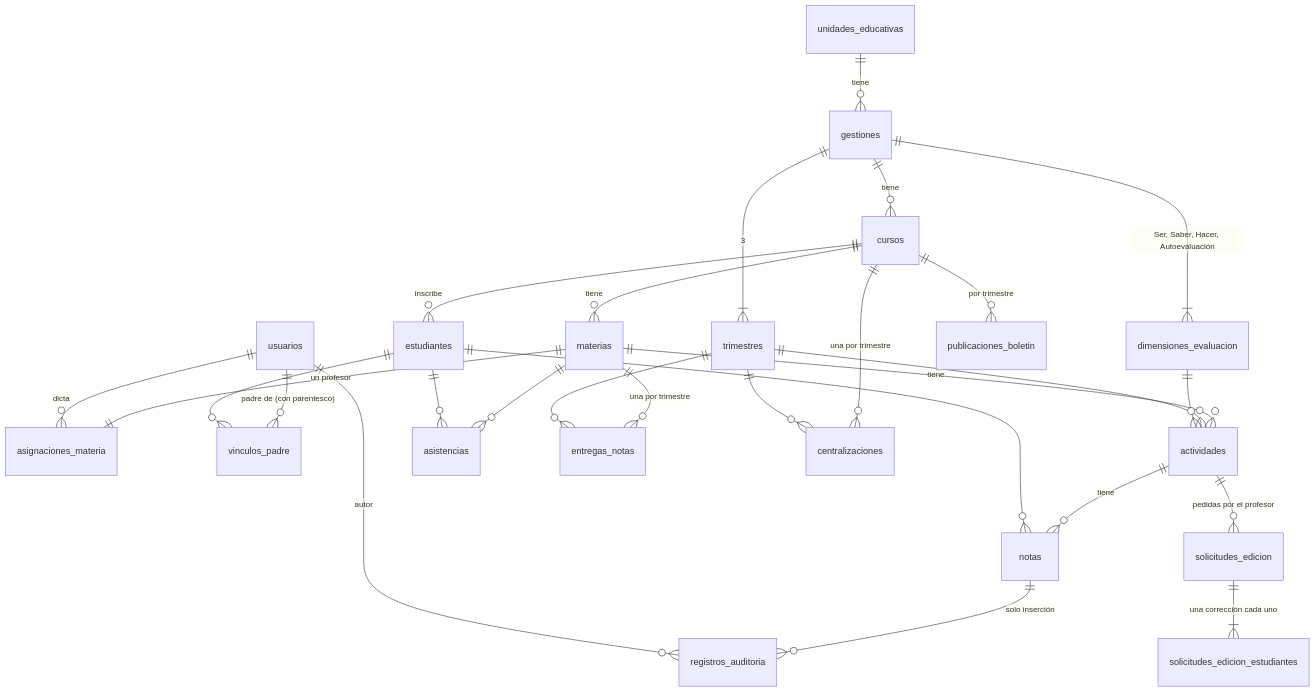
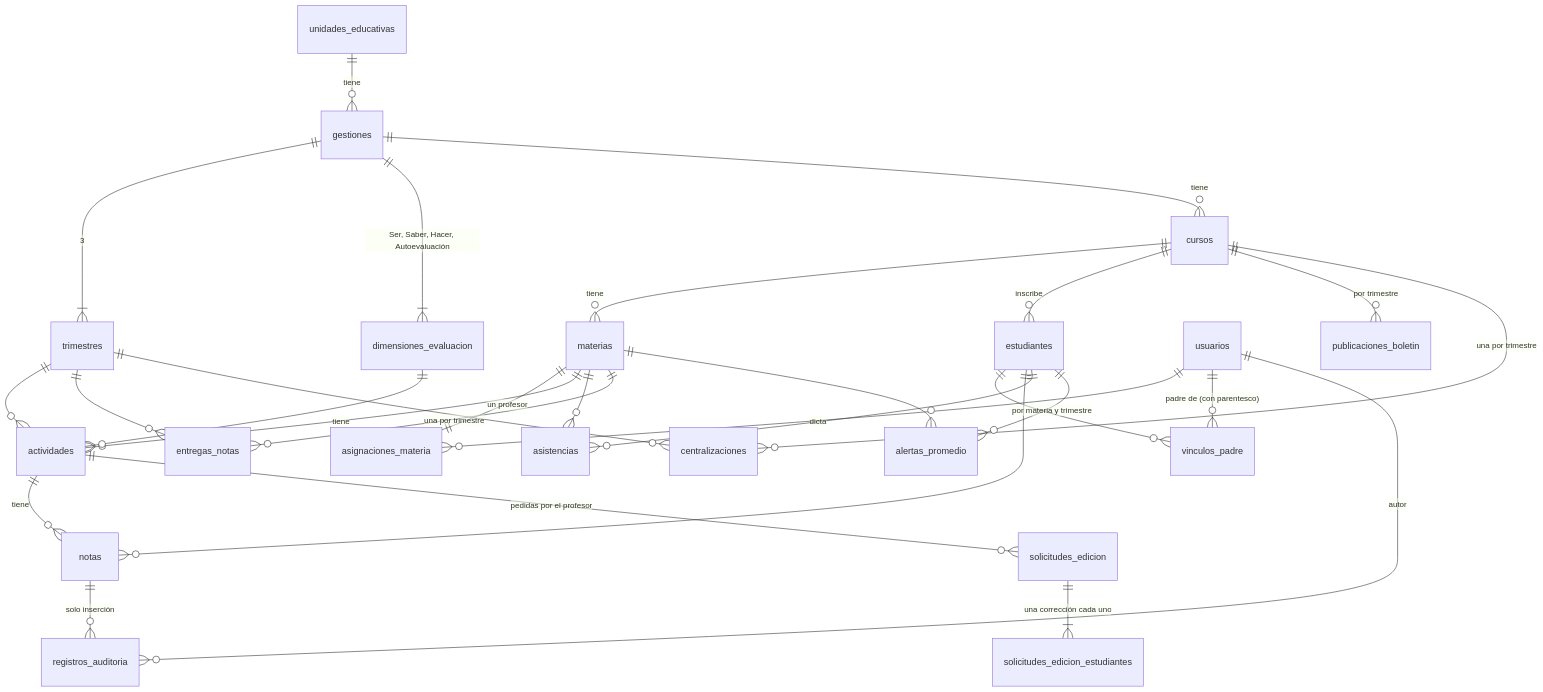
One commit to lujan-99/calisfacu changed the third of 3 diagrams in docs/sad/SAD-CalisFacu.md. Above: the diagram before and after it, drawn with Mermaid. The commit also changed other lines of this file and 20 other files, not shown here.

First line of the commit message:
feat(notificaciones): alertas de promedio bajo al recalcular, sin repetirse

````diff
--- a/docs/sad/SAD-CalisFacu.md
+++ b/docs/sad/SAD-CalisFacu.md
@@ -118,29 +118,31 @@
 ```mermaid
 erDiagram
   unidades_educativas ||--o{ gestiones : tiene
   gestiones ||--|{ trimestres : "3"
   gestiones ||--|{ dimensiones_evaluacion : "Ser, Saber, Hacer, Autoevaluación"
   gestiones ||--o{ cursos : tiene
   cursos ||--o{ materias : tiene
   cursos ||--o{ estudiantes : inscribe
   materias ||--|| asignaciones_materia : "un profesor"
   usuarios ||--o{ asignaciones_materia : dicta
   cursos ||--o{ publicaciones_boletin : "por trimestre"
   usuarios ||--o{ vinculos_padre : "padre de (con parentesco)"
   estudiantes ||--o{ vinculos_padre : ""
   materias ||--o{ actividades : tiene
   trimestres ||--o{ actividades : ""
   dimensiones_evaluacion ||--o{ actividades : ""
   actividades ||--o{ notas : tiene
   estudiantes ||--o{ notas : ""
   notas ||--o{ registros_auditoria : "solo inserción"
   usuarios ||--o{ registros_auditoria : autor
   materias ||--o{ asistencias : ""
   estudiantes ||--o{ asistencias : ""
   actividades ||--o{ solicitudes_edicion : "pedidas por el profesor"
   solicitudes_edicion ||--|{ solicitudes_edicion_estudiantes : "una corrección cada uno"
   materias ||--o{ entregas_notas : "una por trimestre"
   trimestres ||--o{ entregas_notas : ""
   cursos ||--o{ centralizaciones : "una por trimestre"
   trimestres ||--o{ centralizaciones : ""
+  estudiantes ||--o{ alertas_promedio : "por materia y trimestre"
+  materias ||--o{ alertas_promedio : ""
 ```
````
